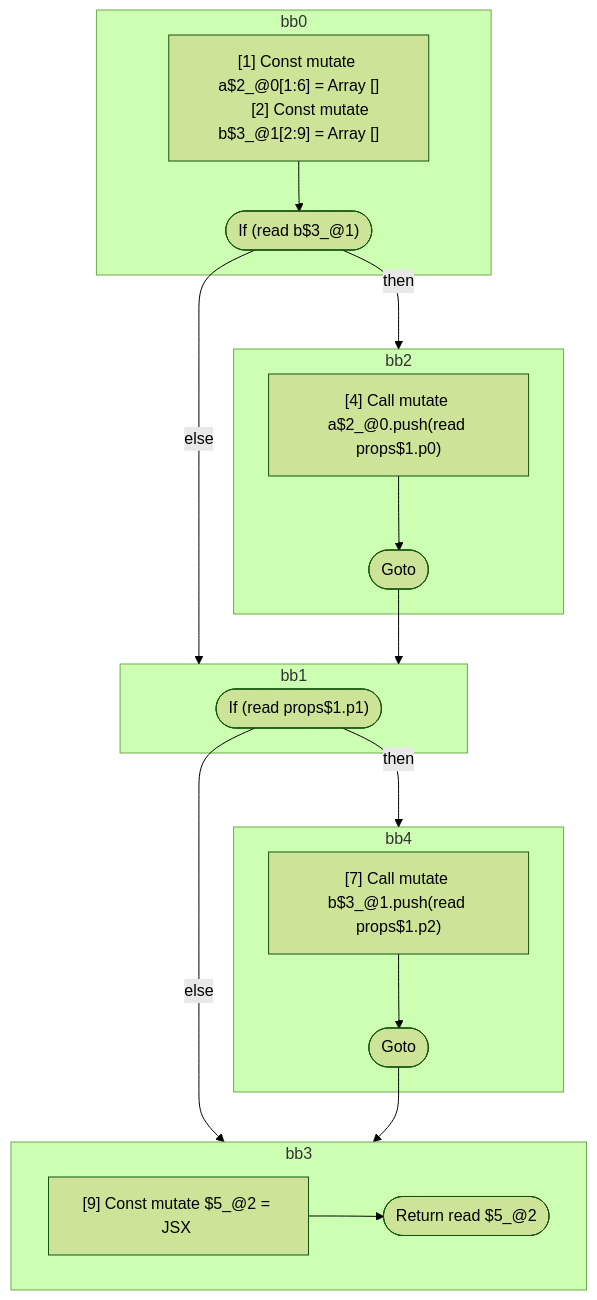
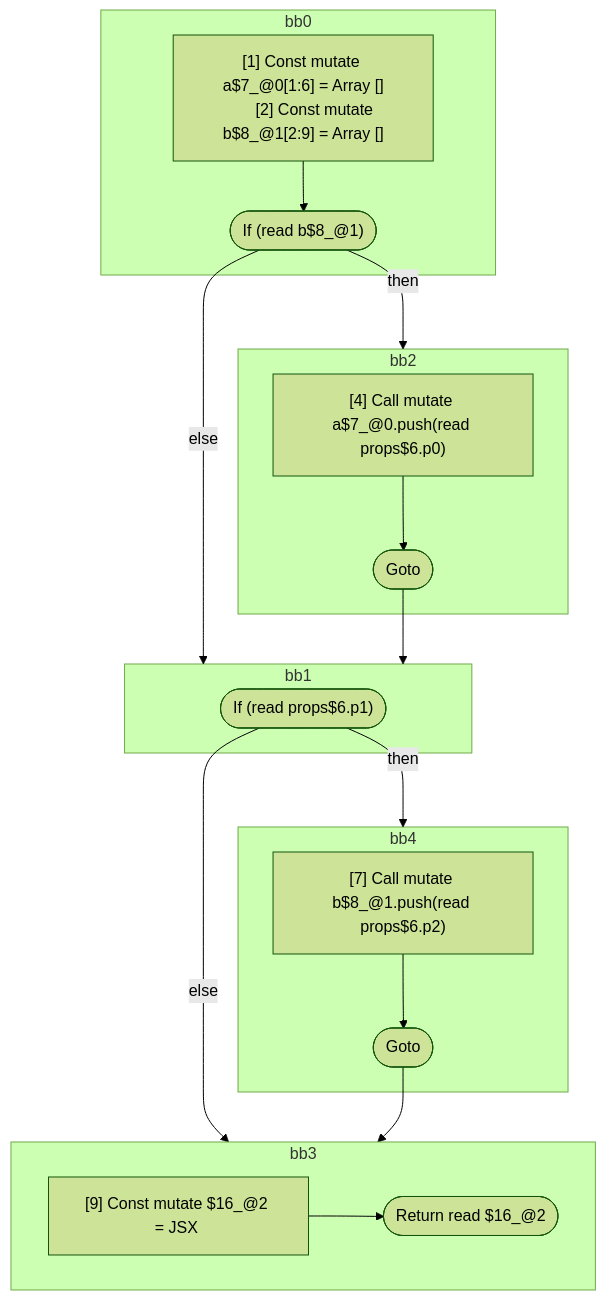
The first of 4 diagrams in compiler/forget/src/__tests__/fixtures/hir/conditional-on-mutable.expect.md (wutsmog/private), drawn with Mermaid (forest theme) before and after one commit. The commit also changed other lines of this file and 59 other files, not shown here.

````diff
--- a/compiler/forget/src/__tests__/fixtures/hir/conditional-on-mutable.expect.md
+++ b/compiler/forget/src/__tests__/fixtures/hir/conditional-on-mutable.expect.md
@@ -92,41 +92,41 @@
 ```mermaid
 flowchart TB
   %% Basic Blocks
   subgraph bb0
     bb0_instrs["
-      [1] Const mutate a$2_@0[1:6] = Array []
-      [2] Const mutate b$3_@1[2:9] = Array []
+      [1] Const mutate a$7_@0[1:6] = Array []
+      [2] Const mutate b$8_@1[2:9] = Array []
     "]
-    bb0_instrs --> bb0_terminal(["If (read b$3_@1)"])
+    bb0_instrs --> bb0_terminal(["If (read b$8_@1)"])
   end
   subgraph bb2
     bb2_instrs["
-      [4] Call mutate a$2_@0.push(read props$1.p0)
+      [4] Call mutate a$7_@0.push(read props$6.p0)
     "]
     bb2_instrs --> bb2_terminal(["Goto"])
   end
   subgraph bb1
-    bb1_terminal(["If (read props$1.p1)"])
+    bb1_terminal(["If (read props$6.p1)"])
   end
   subgraph bb4
     bb4_instrs["
-      [7] Call mutate b$3_@1.push(read props$1.p2)
+      [7] Call mutate b$8_@1.push(read props$6.p2)
     "]
     bb4_instrs --> bb4_terminal(["Goto"])
   end
   subgraph bb3
     bb3_instrs["
-      [9] Const mutate $5_@2 = JSX <read Foo$4 a={freeze a$2_@0} b={freeze b$3_@1} ></read Foo$4>
+      [9] Const mutate $16_@2 = JSX <read Foo$4 a={freeze a$7_@0} b={freeze b$8_@1} ></read Foo$4>
     "]
-    bb3_instrs --> bb3_terminal(["Return read $5_@2"])
+    bb3_instrs --> bb3_terminal(["Return read $16_@2"])
   end
 
   %% Jumps
   bb0_terminal -- "then" --> bb2
   bb0_terminal -- "else" --> bb1
   bb2_terminal --> bb1
   bb1_terminal -- "then" --> bb4
   bb1_terminal -- "else" --> bb3
   bb4_terminal --> bb3
 
 ```
````
